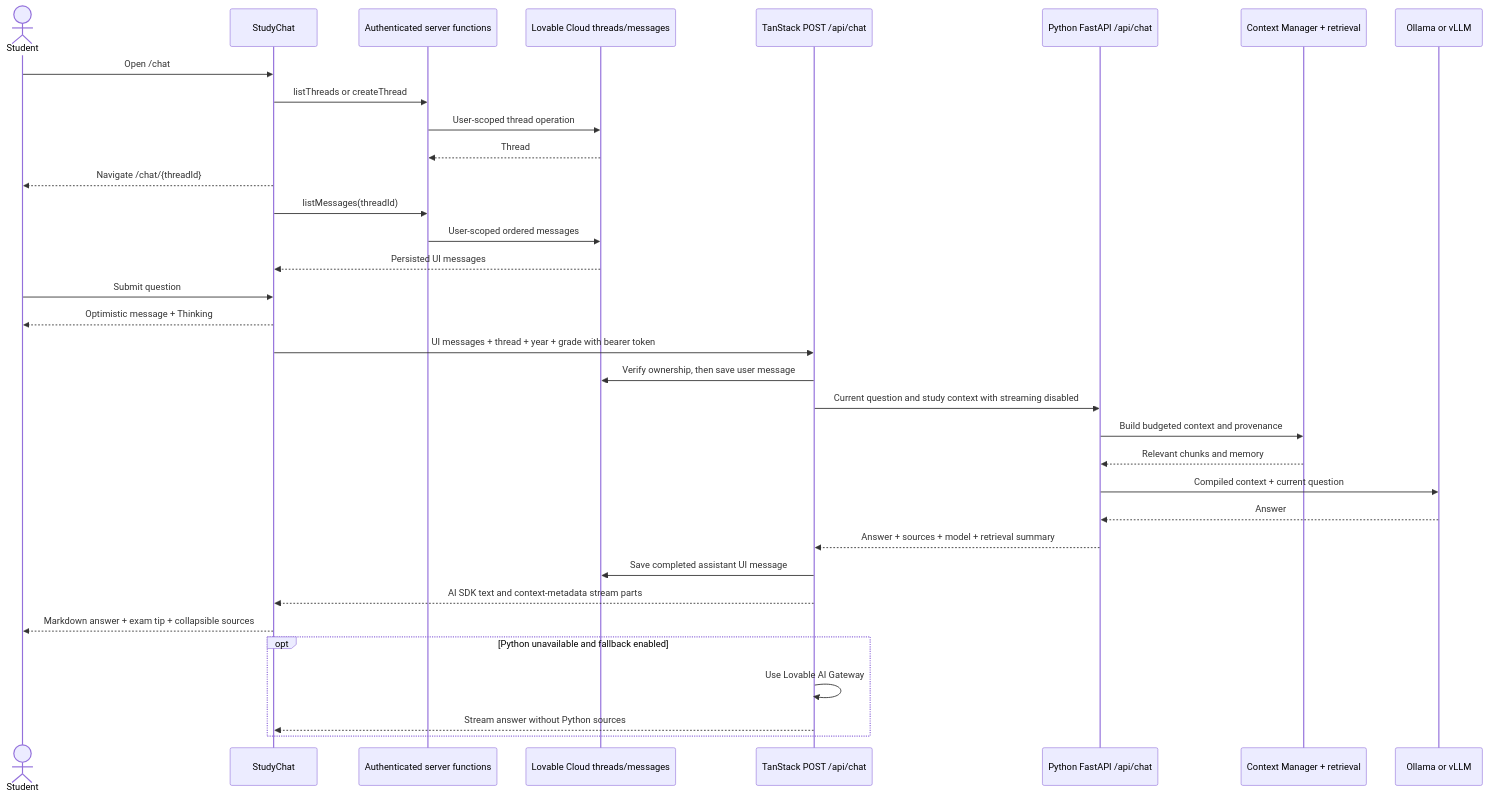
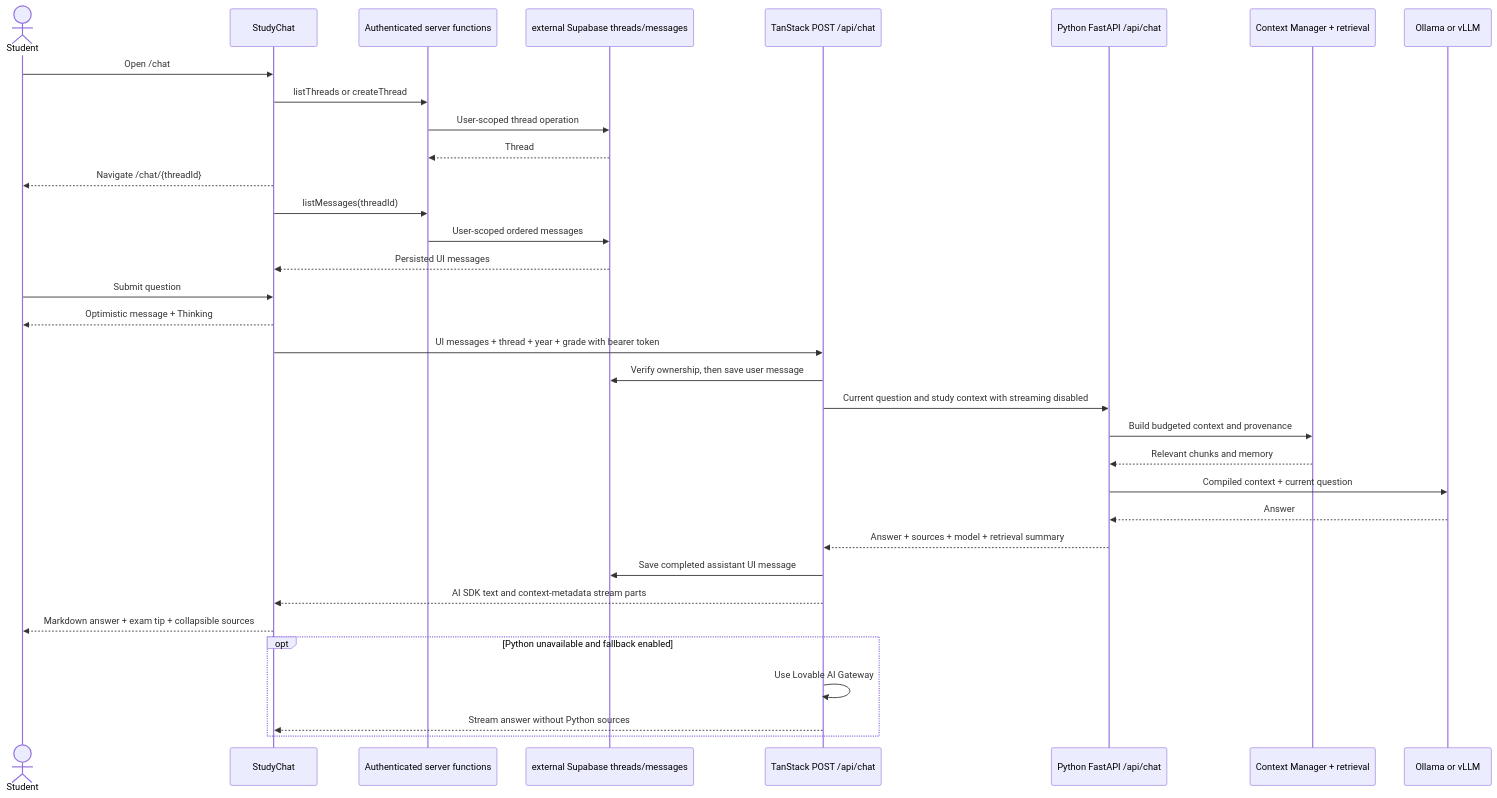
One commit to keyshavmor/study-swiss-star changed the ninth of 15 diagrams in lovabledocs/FULL_APP_WIREFRAMES.md. Above: the diagram before and after it, drawn with Mermaid. The commit also changed other lines of this file and 13 other files, not shown here.

````diff
--- a/lovabledocs/FULL_APP_WIREFRAMES.md
+++ b/lovabledocs/FULL_APP_WIREFRAMES.md
@@ -268,36 +268,36 @@
 ```mermaid
 sequenceDiagram
   actor Student
   participant UI as StudyChat
   participant Fn as Authenticated server functions
-  participant Cloud as Lovable Cloud threads/messages
+  participant Cloud as external Supabase threads/messages
   participant API as TanStack POST /api/chat
   participant PY as Python FastAPI /api/chat
   participant RAG as Context Manager + retrieval
   participant LLM as Ollama or vLLM
   Student->>UI: Open /chat
   UI->>Fn: listThreads or createThread
   Fn->>Cloud: User-scoped thread operation
   Cloud-->>Fn: Thread
   UI-->>Student: Navigate /chat/{threadId}
   UI->>Fn: listMessages(threadId)
   Fn->>Cloud: User-scoped ordered messages
   Cloud-->>UI: Persisted UI messages
   Student->>UI: Submit question
   UI-->>Student: Optimistic message + Thinking
   UI->>API: UI messages + thread + year + grade with bearer token
   API->>Cloud: Verify ownership, then save user message
   API->>PY: Current question and study context with streaming disabled
   PY->>RAG: Build budgeted context and provenance
   RAG-->>PY: Relevant chunks and memory
   PY->>LLM: Compiled context + current question
   LLM-->>PY: Answer
   PY-->>API: Answer + sources + model + retrieval summary
   API->>Cloud: Save completed assistant UI message
   API-->>UI: AI SDK text and context-metadata stream parts
   UI-->>Student: Markdown answer + exam tip + collapsible sources
   opt Python unavailable and fallback enabled
     API->>API: Use Lovable AI Gateway
     API-->>UI: Stream answer without Python sources
   end
 ```
````
